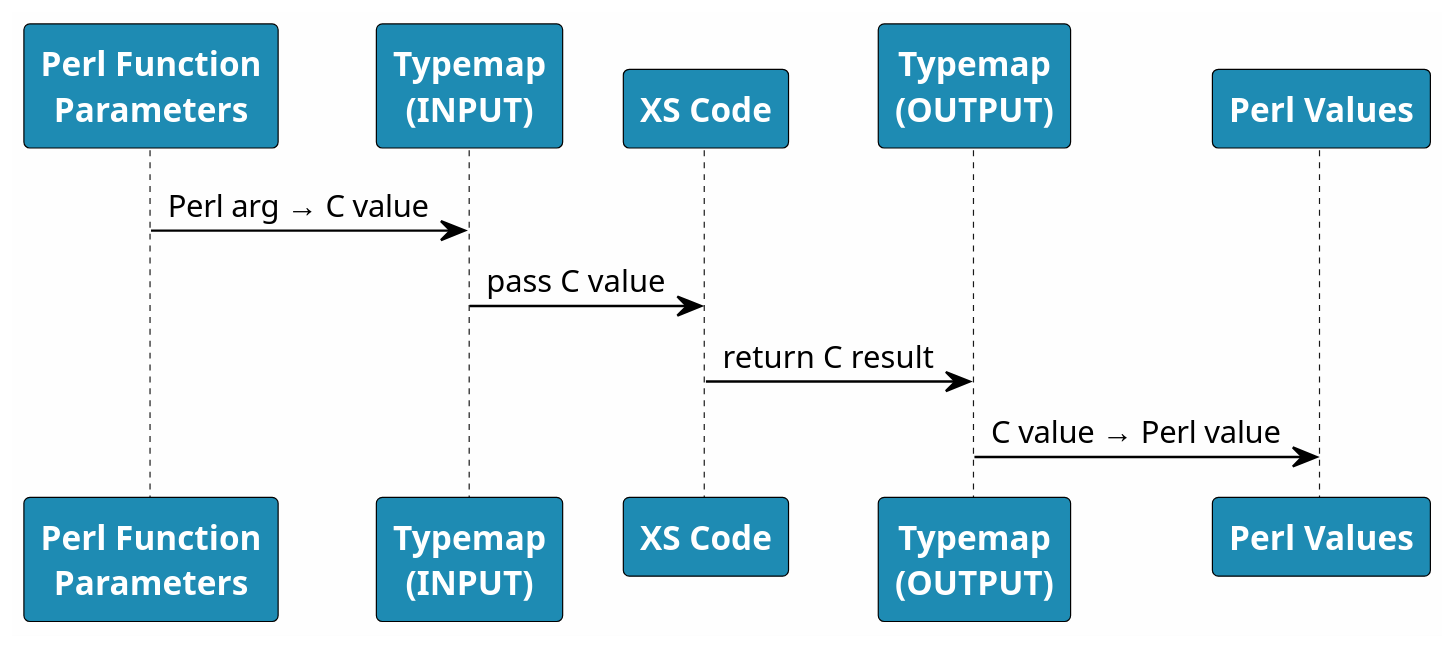
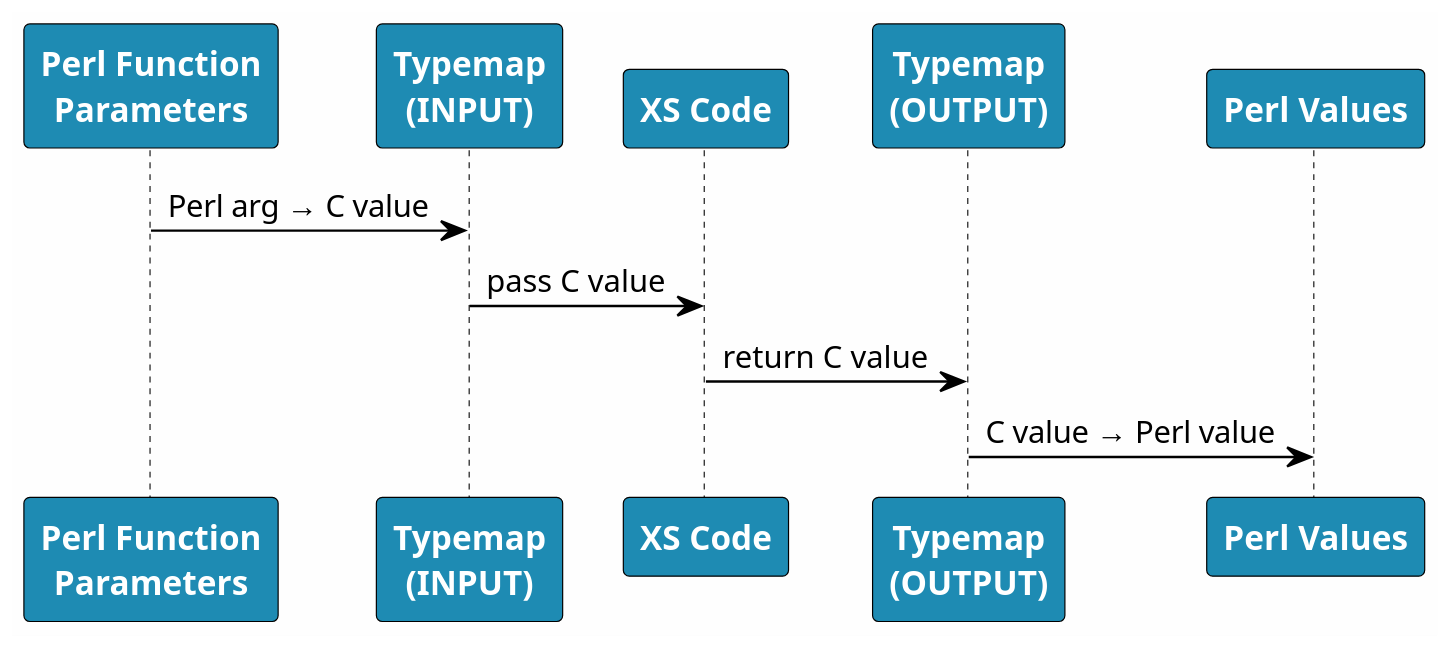
One commit to Rukatonoshi/perl-conf-typemap changed the diagram in snippets/typemap-scheme.puml. Above: the diagram before and after it, drawn with PlantUML. The commit also changed 5 other files, not shown here.

```diff
--- a/snippets/typemap-scheme.puml
+++ b/snippets/typemap-scheme.puml
@@ -1,27 +1,27 @@
 @startuml
 skinparam backgroundColor #FEFEFE
 scale 2
 
 skinparam participant {
   BackgroundColor #1E8BB3
   FontColor white
   FontStyle bold
   BorderColor #000000
 }
 
 skinparam sequence {
   ArrowColor #000000
 }
 
 participant "Perl Function\nParameters" as CParams
 participant "Typemap\n(INPUT)" as TypemapIn
 participant "XS Code" as XSCode
 participant "Typemap\n(OUTPUT)" as TypemapOut
 participant "Perl Values" as PerlVals
 
 CParams -> TypemapIn : Perl arg → C value
 TypemapIn -> XSCode : pass C value
-XSCode -> TypemapOut : return C result
+XSCode -> TypemapOut : return C value
 TypemapOut -> PerlVals : C value → Perl value
 
 @enduml
```
